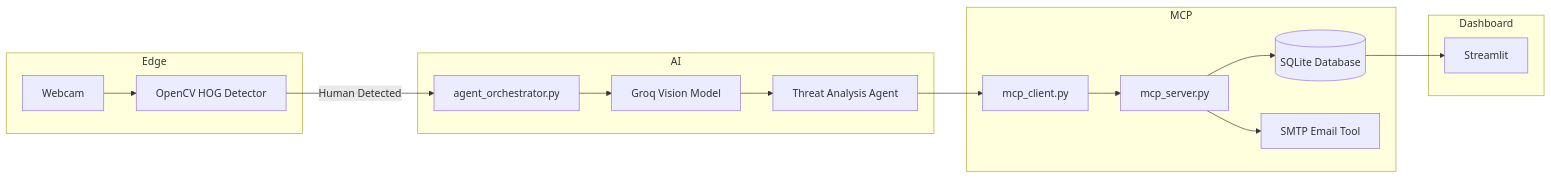
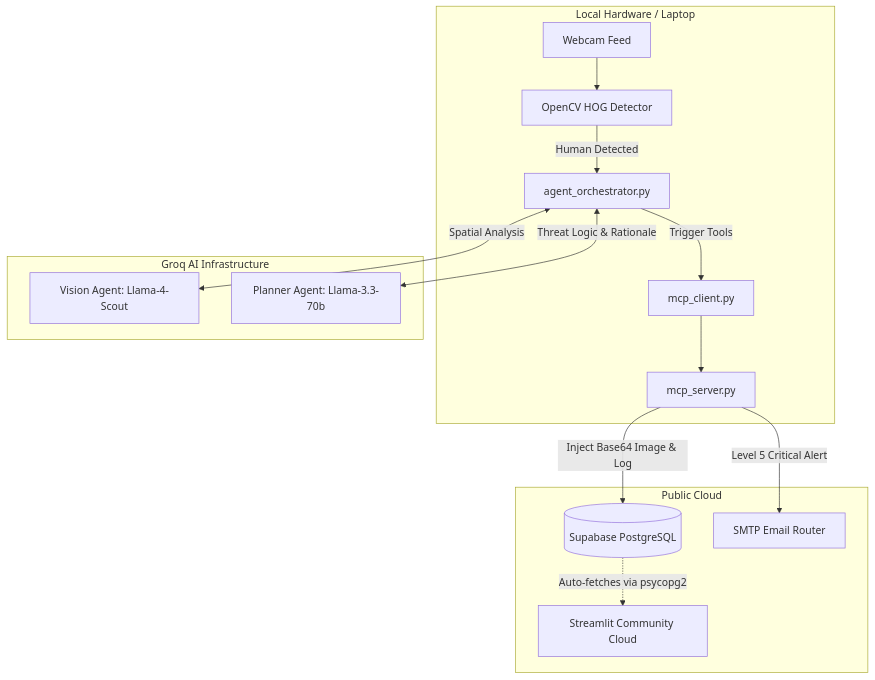
One commit to ananyakotian264/agentic-surveillance-ui changed the diagram in README.md. Above: the diagram before and after it, drawn with Mermaid. The commit also changed other lines of this file, not shown here.

````diff
--- a/README.md
+++ b/README.md
@@ -68,35 +68,31 @@
 ```mermaid
-flowchart LR
+flowchart TD
+    subgraph Edge Node [Local Hardware / Laptop]
+        A[Webcam Feed]
+        B[OpenCV HOG Detector]
+        C[agent_orchestrator.py]
+        F[mcp_client.py]
+        G[mcp_server.py]
+    end
 
-subgraph Edge
-A[Webcam]
-B[OpenCV HOG Detector]
-end
+    subgraph Cognitive Cloud [Groq AI Infrastructure]
+        D[Vision Agent: Llama-4-Scout]
+        E[Planner Agent: Llama-3.3-70b]
+    end
 
-subgraph AI
-C[agent_orchestrator.py]
-D[Groq Vision Model]
-E[Threat Analysis Agent]
-end
+    subgraph Web Infrastructure [Public Cloud]
+        H[(Supabase PostgreSQL)]
+        I[SMTP Email Router]
+        J[Streamlit Community Cloud]
+    end
 
-subgraph MCP
-F[mcp_client.py]
-G[mcp_server.py]
-H[(SQLite Database)]
-I[SMTP Email Tool]
-end
-
-subgraph Dashboard
-J[Streamlit]
-end
-
-A --> B
-B -->|Human Detected| C
-C --> D
-D --> E
-E --> F
-F --> G
-G --> H
-G --> I
-H --> J
+    A --> B
+    B -->|Human Detected| C
+    C <-->|Spatial Analysis| D
+    C <-->|Threat Logic & Rationale| E
+    C -->|Trigger Tools| F
+    F --> G
+    G -->|Inject Base64 Image & Log| H
+    G -->|Level 5 Critical Alert| I
+    H -.->|Auto-fetches via psycopg2| J
 ```
````
